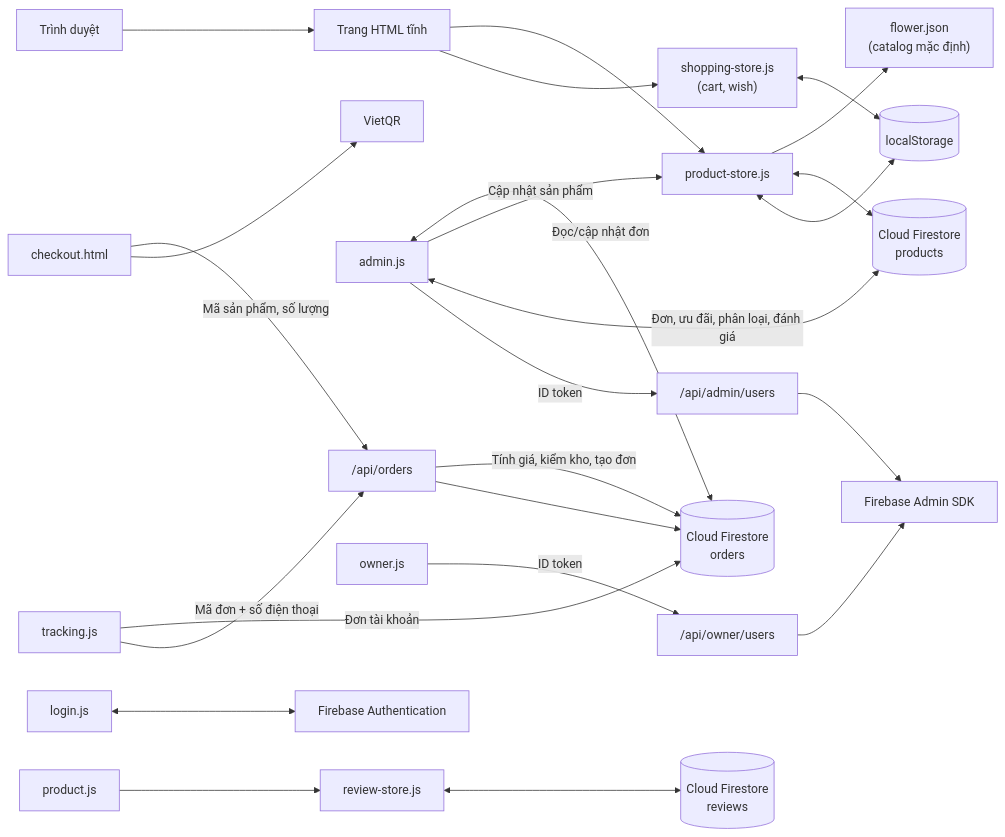
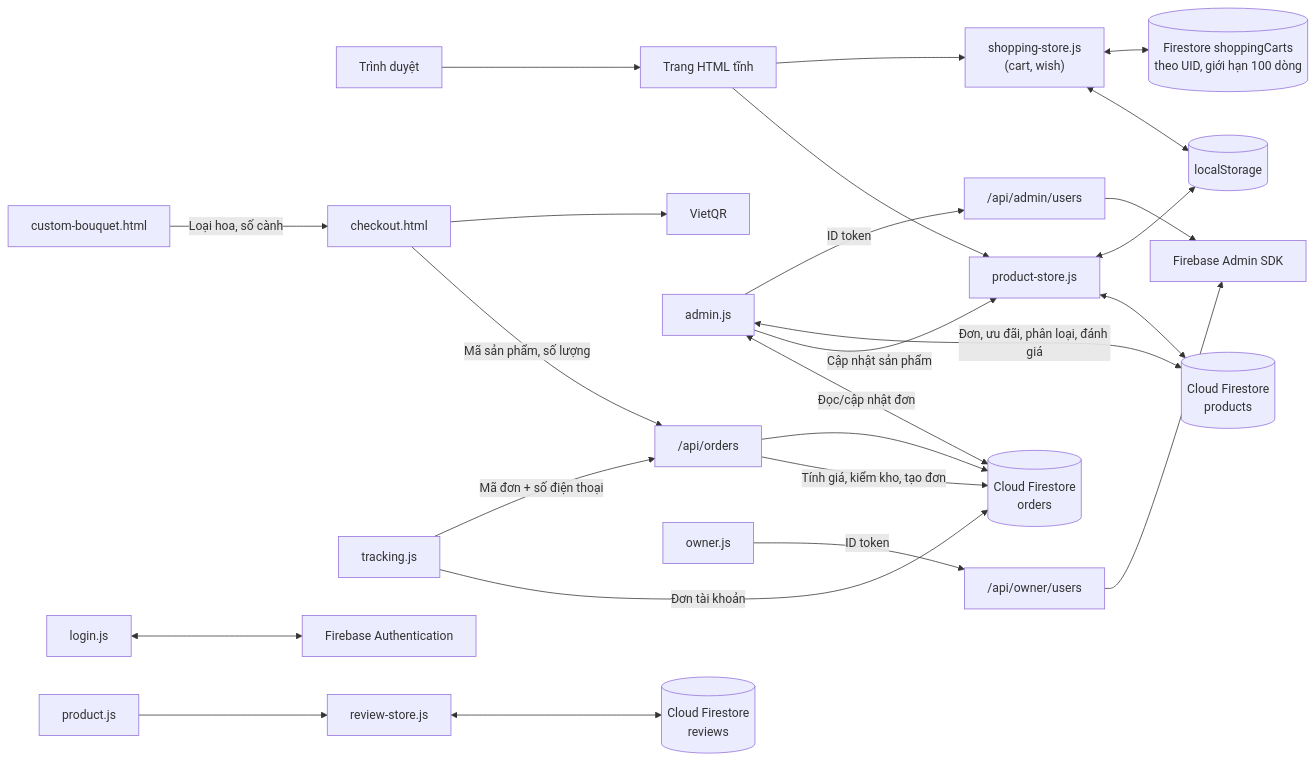
Before and after one commit to Rajat24111994/flower.com: the diagram in flower.com/README.md, drawn with Mermaid. The commit also changed other lines of this file and 4 other files, not shown here.

Commit message:
docs: document flower sales and shopping sync

````diff
--- a/flower.com/README.md
+++ b/flower.com/README.md
@@ -14,22 +14,23 @@
 ```mermaid
 flowchart LR
     Browser[Trình duyệt] --> Pages[Trang HTML tĩnh]
     Pages --> Store["product-store.js"]
-    Store --> Catalog["flower.json<br/>(catalog mặc định)"]
     Store <--> Firestore[(Cloud Firestore<br/>products)]
     Store <--> Cache[(localStorage)]
+    Custom["custom-bouquet.html"] -->|Loại hoa, số cành| Checkout
     Pages --> Shopping["shopping-store.js<br/>(cart, wish)"] <--> Cache
+    Shopping <--> ShoppingCloud[(Firestore shoppingCarts<br/>theo UID, giới hạn 100 dòng)]
     Checkout["checkout.html"] -->|Mã sản phẩm, số lượng| OrderAPI["/api/orders"] -->|Tính giá, kiểm kho, tạo đơn| Orders[(Cloud Firestore<br/>orders)]
     Admin["admin.js"] <-->|Đọc/cập nhật đơn| Orders
     Tracking["tracking.js"] -->|Đơn tài khoản| Orders
     Tracking -->|Mã đơn + số điện thoại| OrderAPI --> Orders
     Checkout --> VietQR[VietQR]
     Admin["admin.js"] -->|Cập nhật sản phẩm| Store
     Admin <-->|Đơn, ưu đãi, phân loại, đánh giá| Firestore
     Admin -->|ID token| AdminAPI["/api/admin/users"]
     Owner["owner.js"] -->|ID token| OwnerAPI["/api/owner/users"]
     AdminAPI --> FirebaseAdmin[Firebase Admin SDK]
     OwnerAPI --> FirebaseAdmin
     Login["login.js"] <--> Auth[Firebase Authentication]
     Product["product.js"] --> Reviews["review-store.js"] <--> FsReviews[(Cloud Firestore<br/>reviews)]
 ```
````
